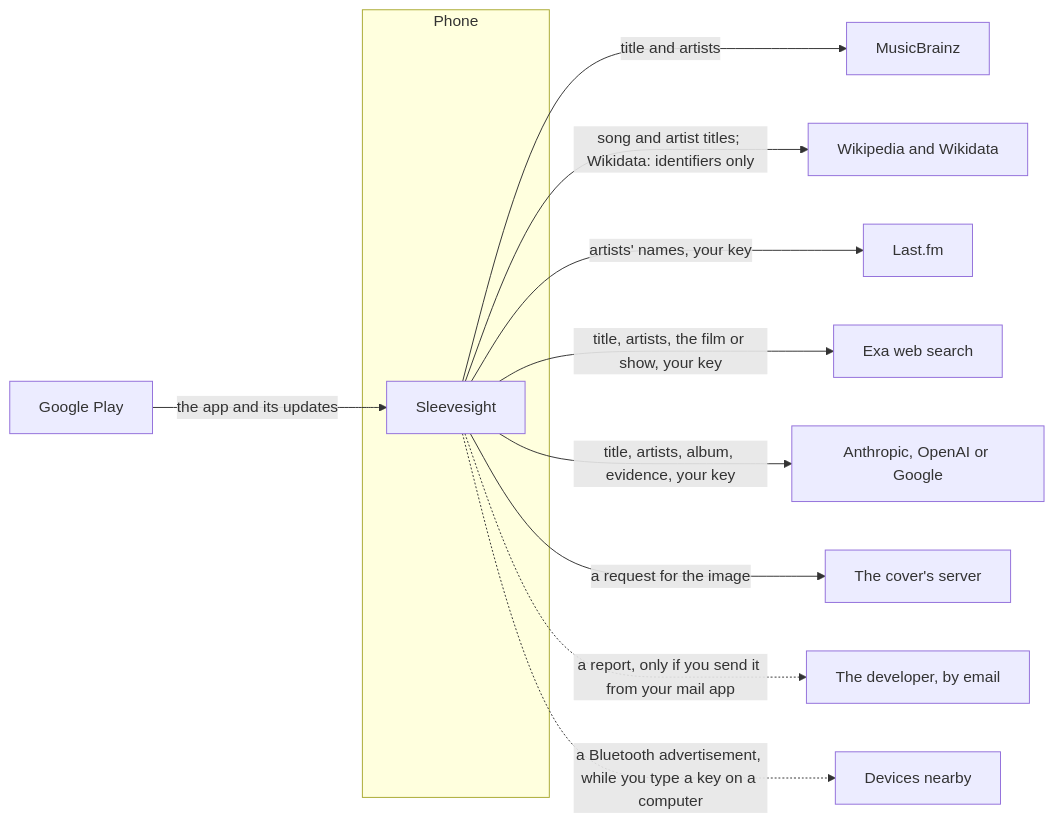
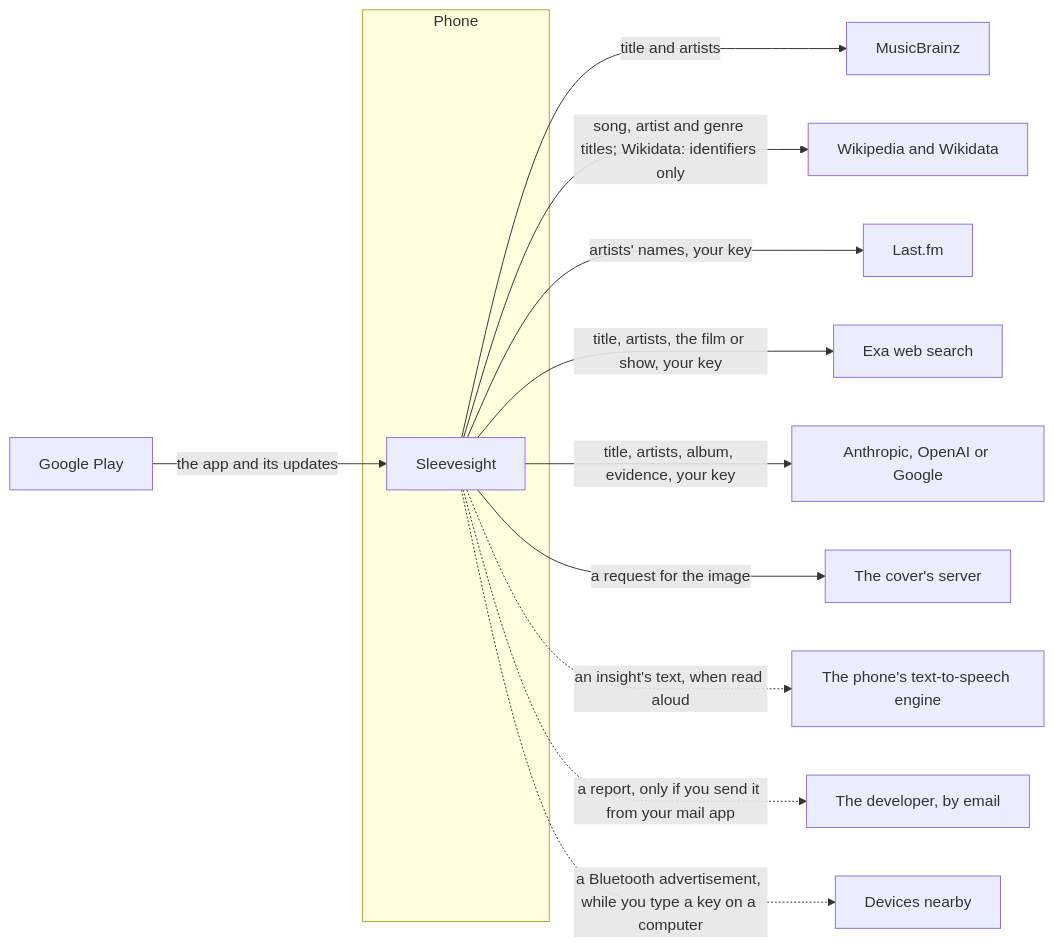
Before and after one commit to wkusnierczyk/sleevesight: the second of 3 diagrams in docs/architecture/index.md, drawn with Mermaid. The commit also changed other lines of this file and 8 other files, not shown here.

````diff
--- a/docs/architecture/index.md
+++ b/docs/architecture/index.md
@@ -84,15 +84,16 @@
 ```mermaid
 flowchart LR
   subgraph Phone
     App["Sleevesight"]
   end
   App -- "title and artists" --> MB["MusicBrainz"]
-  App -- "song and artist titles; Wikidata: identifiers only" --> WP["Wikipedia and Wikidata"]
+  App -- "song, artist and genre titles; Wikidata: identifiers only" --> WP["Wikipedia and Wikidata"]
   App -- "artists' names, your key" --> LFM["Last.fm"]
   App -- "title, artists, the film or show, your key" --> Exa["Exa web search"]
   App -- "title, artists, album, evidence, your key" --> AI["Anthropic, OpenAI or Google"]
   App -- "a request for the image" --> Art["The cover's server"]
+  App -. "an insight's text, when read aloud" .-> TTS["The phone's text-to-speech engine"]
   App -. "a report, only if you send it from your mail app" .-> Dev["The developer, by email"]
   App -. "a Bluetooth advertisement, while you type a key on a computer" .-> Near["Devices nearby"]
   Play["Google Play"] -- "the app and its updates" --> App
 ```
````
